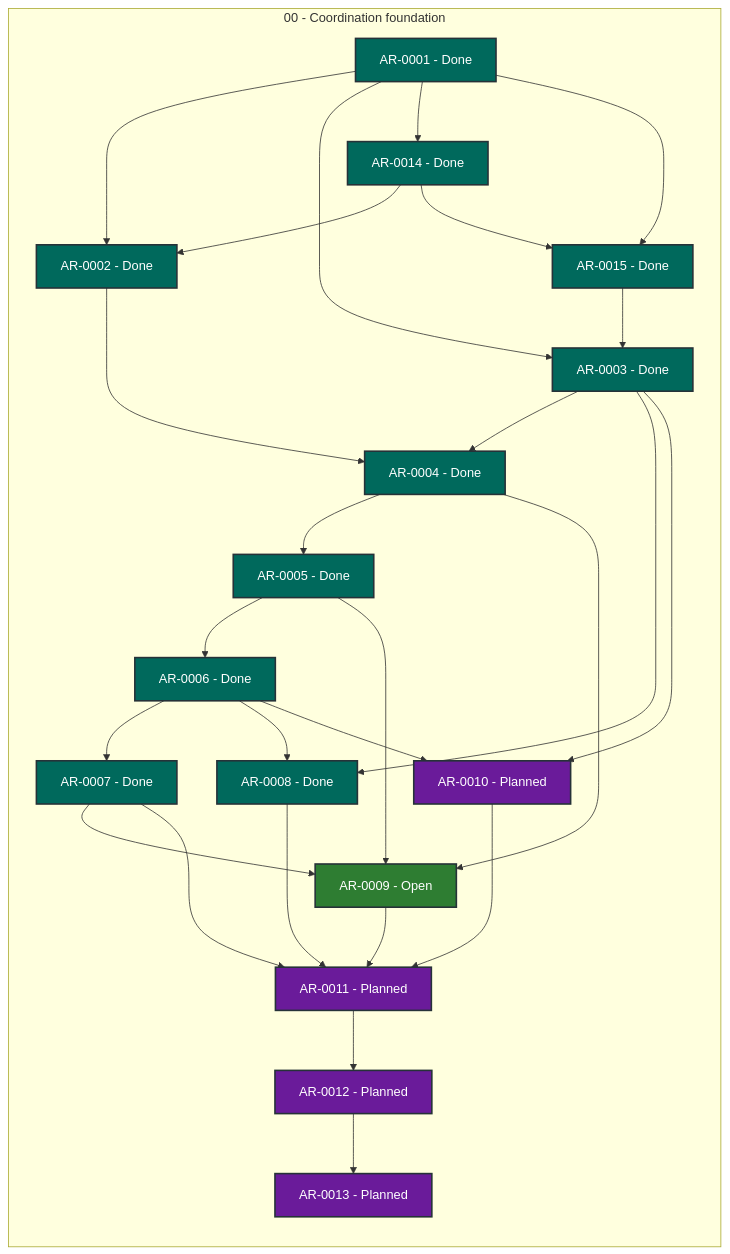
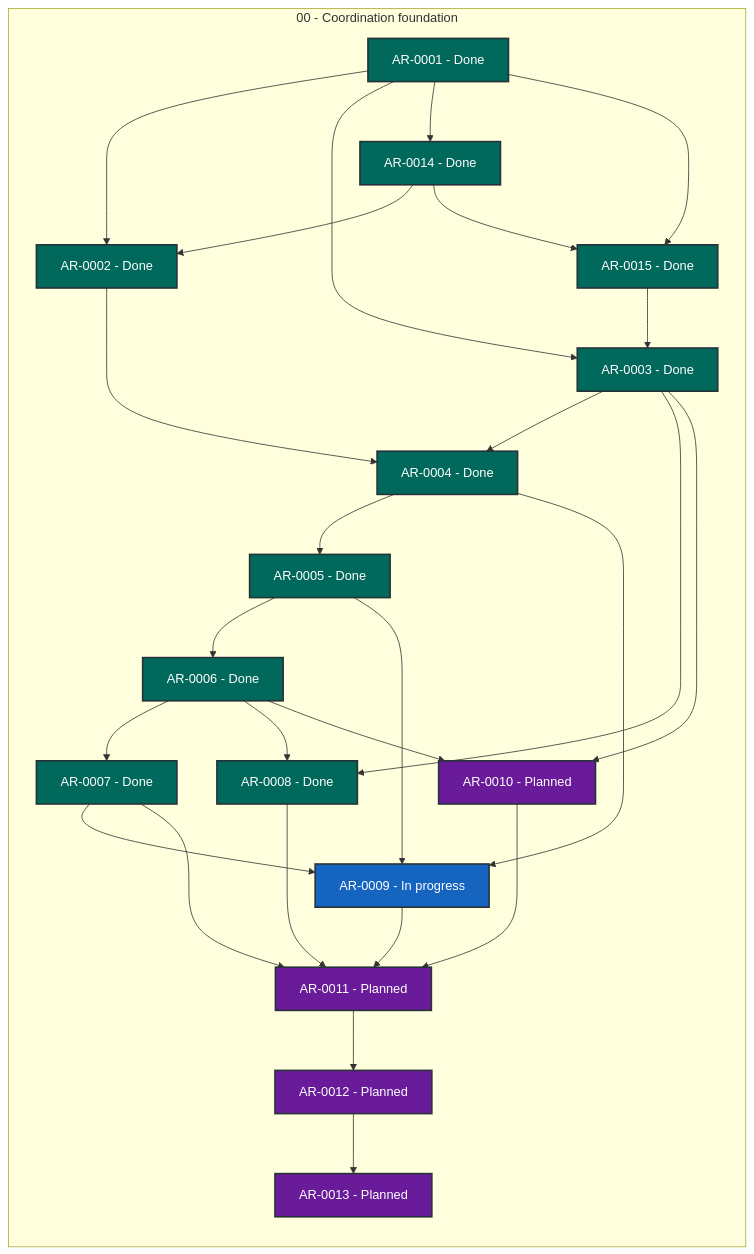
Before and after one commit to martin-beck/agent-workflow-tui-state: the diagram in STATUS.md, drawn with Mermaid. The commit also changed other lines of this file and 2 other files, not shown here.

````diff
--- a/STATUS.md
+++ b/STATUS.md
@@ -27,54 +27,54 @@
 ```mermaid
 flowchart LR
     subgraph series_00["00 - Coordination foundation"]
         direction TB
         AR_0001["AR-0001 - Done"]:::status_done
         AR_0002["AR-0002 - Done"]:::status_done
         AR_0003["AR-0003 - Done"]:::status_done
         AR_0004["AR-0004 - Done"]:::status_done
         AR_0005["AR-0005 - Done"]:::status_done
         AR_0006["AR-0006 - Done"]:::status_done
         AR_0007["AR-0007 - Done"]:::status_done
         AR_0008["AR-0008 - Done"]:::status_done
-        AR_0009["AR-0009 - Open"]:::status_open
+        AR_0009["AR-0009 - In progress"]:::status_in_progress
         AR_0010["AR-0010 - Planned"]:::status_planned
         AR_0011["AR-0011 - Planned"]:::status_planned
         AR_0012["AR-0012 - Planned"]:::status_planned
         AR_0013["AR-0013 - Planned"]:::status_planned
         AR_0014["AR-0014 - Done"]:::status_done
         AR_0015["AR-0015 - Done"]:::status_done
     end
     AR_0001 --> AR_0002
     AR_0001 --> AR_0003
     AR_0001 --> AR_0014
     AR_0001 --> AR_0015
     AR_0002 --> AR_0004
     AR_0003 --> AR_0004
     AR_0003 --> AR_0008
     AR_0003 --> AR_0010
     AR_0004 --> AR_0005
     AR_0004 --> AR_0009
     AR_0005 --> AR_0006
     AR_0005 --> AR_0009
     AR_0006 --> AR_0007
     AR_0006 --> AR_0008
     AR_0006 --> AR_0010
     AR_0007 --> AR_0009
     AR_0007 --> AR_0011
     AR_0008 --> AR_0011
     AR_0009 --> AR_0011
     AR_0010 --> AR_0011
     AR_0011 --> AR_0012
     AR_0012 --> AR_0013
     AR_0014 --> AR_0002
     AR_0014 --> AR_0015
     AR_0015 --> AR_0003
     classDef status_in_progress fill:#1565c0,color:#ffffff,stroke:#263238,stroke-width:2px
     classDef status_open fill:#2e7d32,color:#ffffff,stroke:#263238,stroke-width:2px
     classDef status_blocked fill:#c62828,color:#ffffff,stroke:#263238,stroke-width:2px
     classDef status_planned fill:#6a1b9a,color:#ffffff,stroke:#263238,stroke-width:2px
     classDef status_future fill:#455a64,color:#ffffff,stroke:#263238,stroke-width:2px
     classDef status_done fill:#00695c,color:#ffffff,stroke:#263238,stroke-width:2px
     classDef status_cancelled fill:#616161,color:#ffffff,stroke:#263238,stroke-width:2px
     classDef status_superseded fill:#5d4037,color:#ffffff,stroke:#263238,stroke-width:2px
 ```
````
